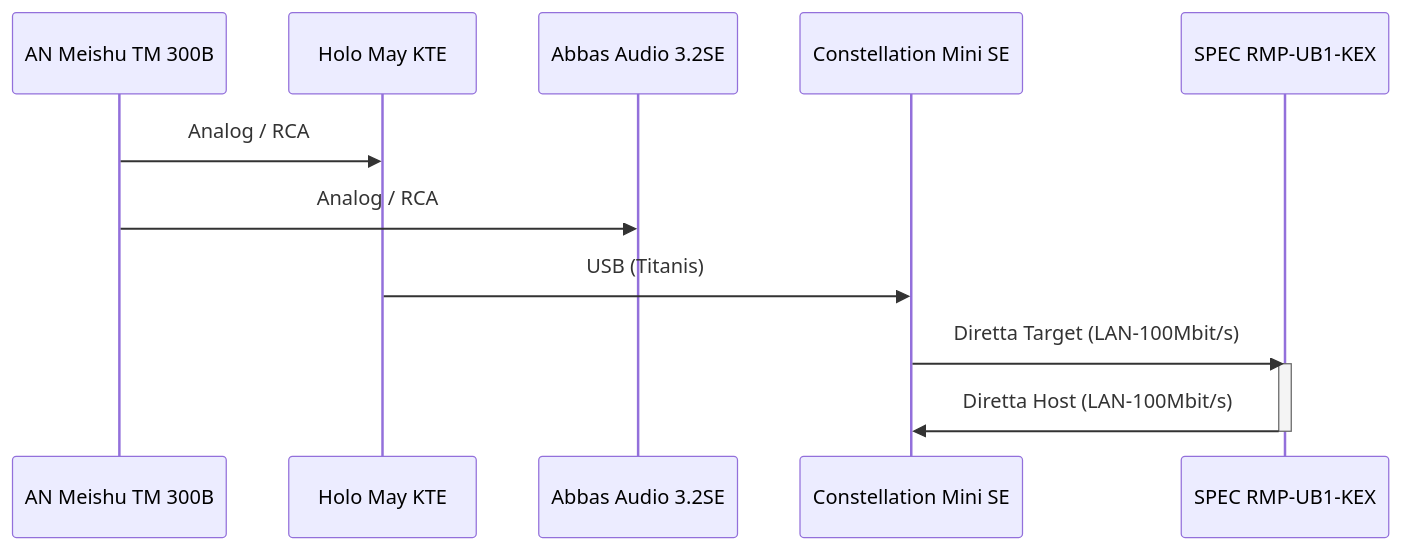
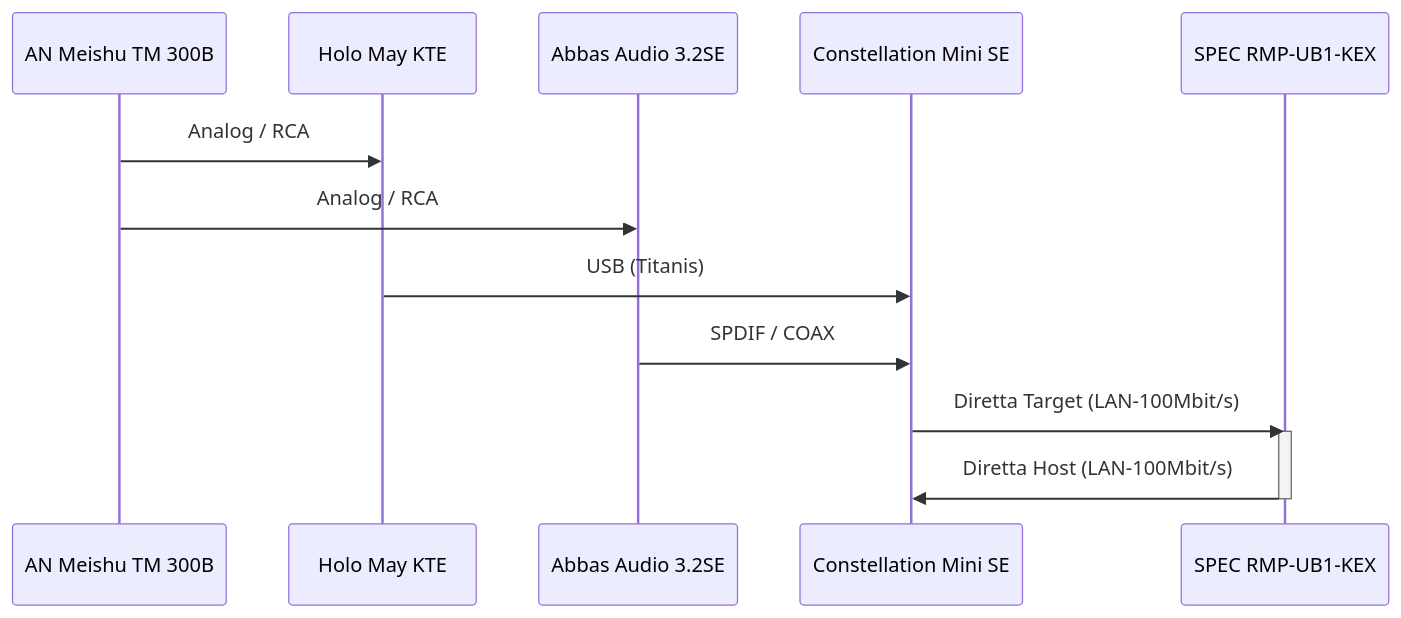
Before and after one commit to geraldfehringer/diretta: the diagram in gerihifi-setup.md, drawn with Mermaid. The commit also changed other lines of this file, not shown here.

````diff
--- a/gerihifi-setup.md
+++ b/gerihifi-setup.md
@@ -3,10 +6,11 @@
 ```mermaid
 sequenceDiagram
     AN Meishu TM 300B->>Holo May KTE: Analog / RCA
     AN Meishu TM 300B->>Abbas Audio 3.2SE: Analog / RCA
     Holo May KTE->>Constellation Mini SE: USB (Titanis)
+    Abbas Audio 3.2SE->>Constellation Mini SE: SPDIF / COAX
     Constellation Mini SE->>SPEC RMP-UB1-KEX: Diretta Target (LAN-100Mbit/s)
     activate SPEC RMP-UB1-KEX
     SPEC RMP-UB1-KEX->>Constellation Mini SE: Diretta Host (LAN-100Mbit/s)
     deactivate SPEC RMP-UB1-KEX
 ```
````
